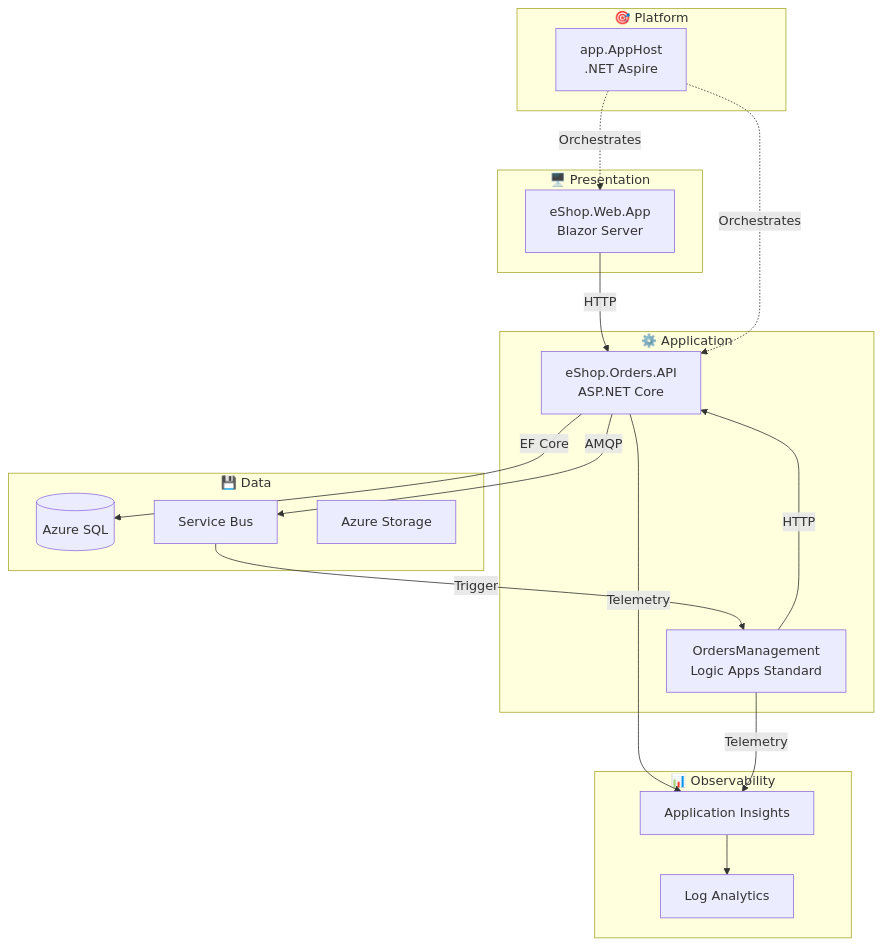
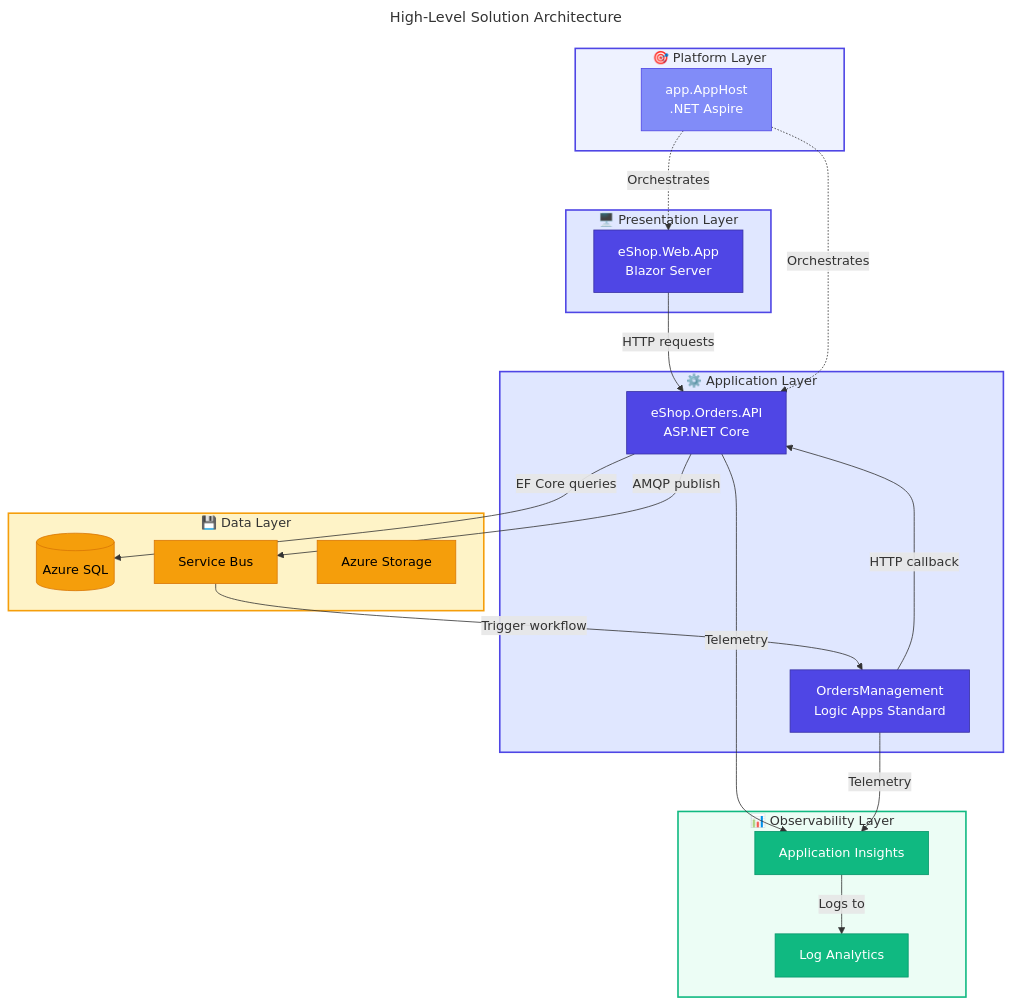
One commit to Evilazaro/Azure-LogicApps-Monitoring changed the diagram in README.md. Above: the diagram before and after it, drawn with Mermaid.

Commit message:
refactor: Enhance architecture diagram in README.md with detailed layers, connections, and styling

````diff
--- a/README.md
+++ b/README.md
@@ -51,36 +51,65 @@
 ```mermaid
+---
+title: High-Level Solution Architecture
+---
 flowchart TB
-    subgraph Presentation["🖥️ Presentation"]
+    %% ===== PRESENTATION LAYER =====
+    subgraph Presentation["🖥️ Presentation Layer"]
         WebApp["eShop.Web.App<br/>Blazor Server"]
     end
 
-    subgraph Application["⚙️ Application"]
+    %% ===== APPLICATION LAYER =====
+    subgraph Application["⚙️ Application Layer"]
         API["eShop.Orders.API<br/>ASP.NET Core"]
         Workflow["OrdersManagement<br/>Logic Apps Standard"]
     end
 
-    subgraph Platform["🎯 Platform"]
+    %% ===== PLATFORM LAYER =====
+    subgraph Platform["🎯 Platform Layer"]
         Aspire["app.AppHost<br/>.NET Aspire"]
     end
 
-    subgraph Data["💾 Data"]
+    %% ===== DATA LAYER =====
+    subgraph Data["💾 Data Layer"]
         SQL[("Azure SQL")]
         SB["Service Bus"]
         Storage["Azure Storage"]
     end
 
-    subgraph Observability["📊 Observability"]
+    %% ===== OBSERVABILITY LAYER =====
+    subgraph Observability["📊 Observability Layer"]
         AppInsights["Application Insights"]
         LogAnalytics["Log Analytics"]
     end
 
-    WebApp -->|"HTTP"| API
-    API -->|"EF Core"| SQL
-    API -->|"AMQP"| SB
-    SB -->|"Trigger"| Workflow
-    Workflow -->|"HTTP"| API
+    %% ===== CONNECTIONS =====
+    WebApp -->|"HTTP requests"| API
+    API -->|"EF Core queries"| SQL
+    API -->|"AMQP publish"| SB
+    SB -->|"Trigger workflow"| Workflow
+    Workflow -->|"HTTP callback"| API
 
     Aspire -.->|"Orchestrates"| WebApp & API
     API & Workflow -->|"Telemetry"| AppInsights
-    AppInsights --> LogAnalytics
+    AppInsights -->|"Logs to"| LogAnalytics
+
+    %% ===== CLASS DEFINITIONS (EXACT HEX COLORS) =====
+    classDef primary fill:#4F46E5,stroke:#3730A3,color:#FFFFFF
+    classDef secondary fill:#10B981,stroke:#059669,color:#FFFFFF
+    classDef datastore fill:#F59E0B,stroke:#D97706,color:#000000
+    classDef trigger fill:#818CF8,stroke:#4F46E5,color:#FFFFFF
+    classDef external fill:#6B7280,stroke:#4B5563,color:#FFFFFF,stroke-dasharray:5 5
+
+    class WebApp primary
+    class API,Workflow primary
+    class Aspire trigger
+    class SQL,SB,Storage datastore
+    class AppInsights,LogAnalytics secondary
+
+    %% ===== SUBGRAPH STYLES =====
+    style Presentation fill:#E0E7FF,stroke:#4F46E5,stroke-width:2px
+    style Application fill:#E0E7FF,stroke:#4F46E5,stroke-width:2px
+    style Platform fill:#EEF2FF,stroke:#4F46E5,stroke-width:2px
+    style Data fill:#FEF3C7,stroke:#F59E0B,stroke-width:2px
+    style Observability fill:#ECFDF5,stroke:#10B981,stroke-width:2px
 ```
````
